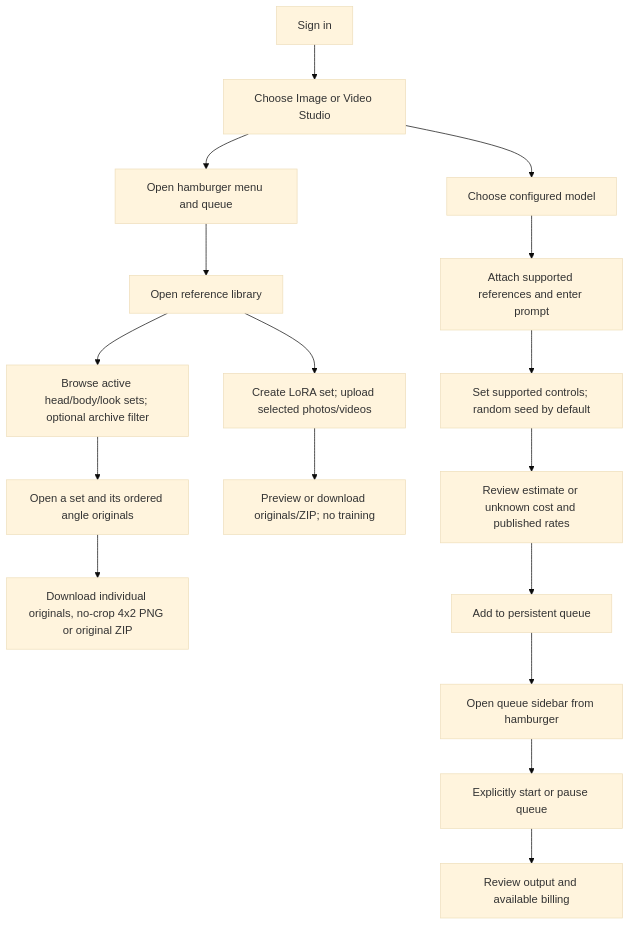
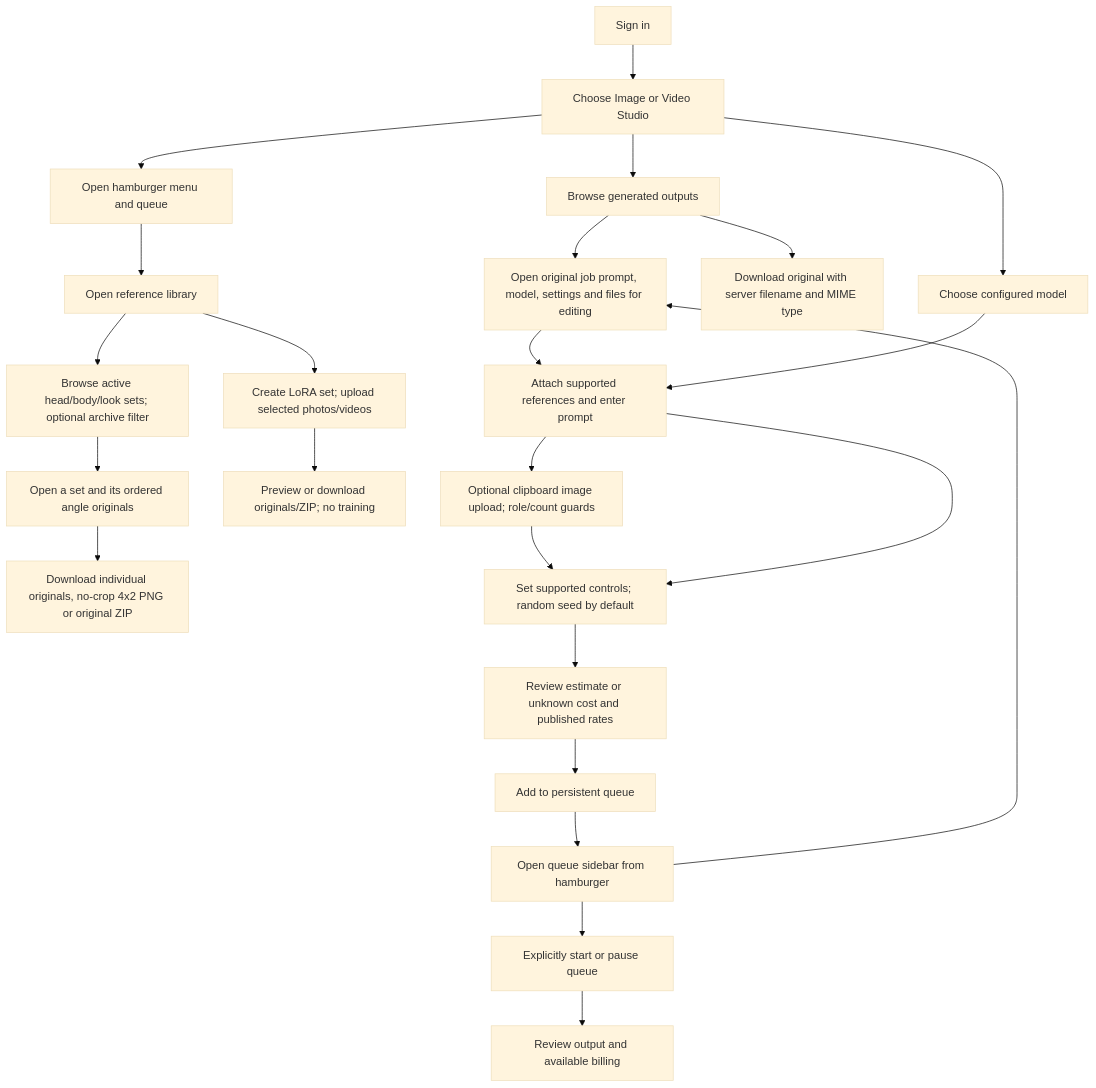
The diagram in docs/diagrams/user-journey.md (v-v-l/Open-Generative-AI), drawn with Mermaid (base theme) before and after one commit. The commit also changed 19 other files, not shown here.

Commit message:
Fix optional references, clipboard uploads, editable recreation and original downloads

````diff
--- a/docs/diagrams/user-journey.md
+++ b/docs/diagrams/user-journey.md
@@ -6,19 +6,26 @@
 ```mermaid
 flowchart TD
   Login[Sign in] --> Studio[Choose Image or Video Studio]
   Studio --> Menu[Open hamburger menu and queue]
   Menu --> Library[Open reference library]
   Library --> Sets[Browse active head/body/look sets; optional archive filter]
   Sets --> Detail[Open a set and its ordered angle originals]
   Detail --> Downloads[Download individual originals, no-crop 4x2 PNG or original ZIP]
+  Studio --> Gallery[Browse generated outputs]
+  Gallery --> Recreate[Open original job prompt, model, settings and files for editing]
+  Sidebar --> Recreate
+  Recreate --> Inputs
+  Gallery --> Original[Download original with server filename and MIME type]
   Library --> LoRA[Create LoRA set; upload selected photos/videos]
   LoRA --> Export[Preview or download originals/ZIP; no training]
   Studio --> Model[Choose configured model]
   Model --> Inputs[Attach supported references and enter prompt]
+  Inputs --> Clipboard[Optional clipboard image upload; role/count guards]
+  Clipboard --> Settings
   Inputs --> Settings[Set supported controls; random seed by default]
   Settings --> Quote[Review estimate or unknown cost and published rates]
   Quote --> Enqueue[Add to persistent queue]
   Enqueue --> Sidebar[Open queue sidebar from hamburger]
   Sidebar --> Start[Explicitly start or pause queue]
   Start --> Result[Review output and available billing]
 ```
````
